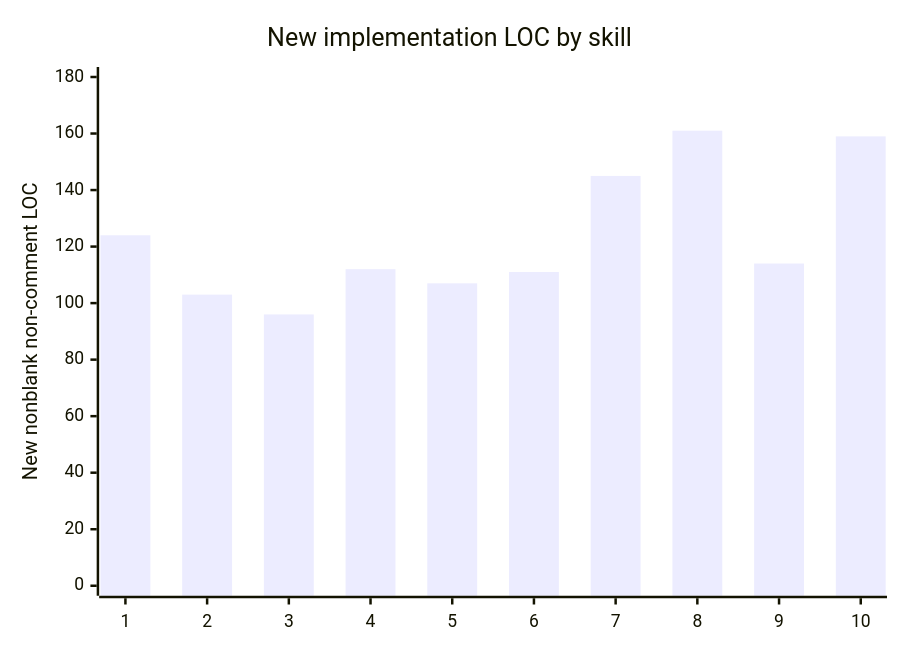
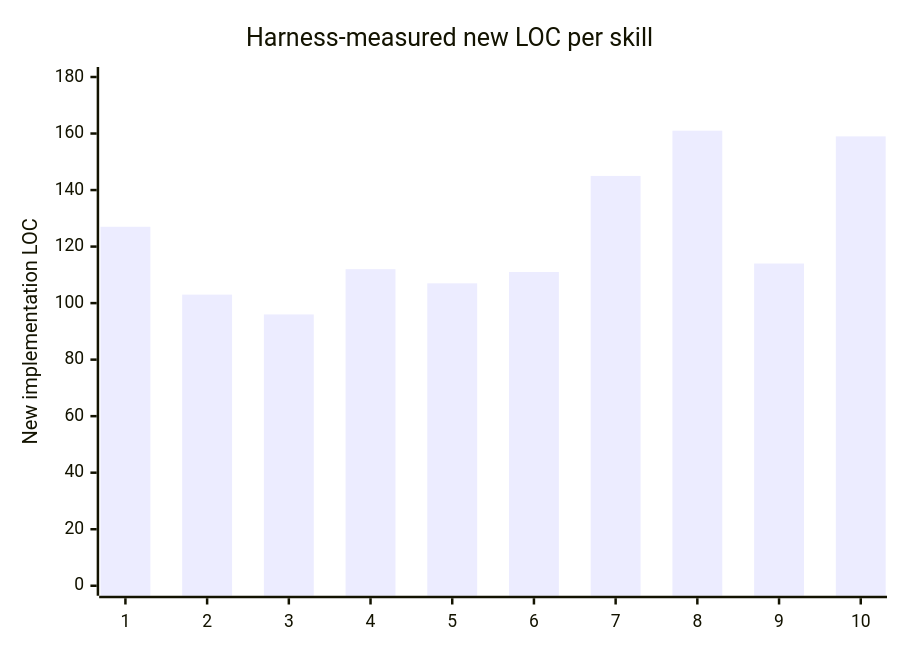
The sixth of 8 diagrams in human_t7/nasa/RESULTS.md (Devansh-Khandor/seai26f-shrinking-code), drawn with Mermaid before and after one commit. The commit also changed other lines of this file and 2 other files, not shown here.

Commit message:
docs(t7-nasa): align LOC reporting with treatment harness

````diff
--- a/human_t7/nasa/RESULTS.md
+++ b/human_t7/nasa/RESULTS.md
@@ -629,13 +378,7 @@
 ```mermaid
-
 xychart-beta
-
-    title "New implementation LOC by skill"
-
+    title "Harness-measured new LOC per skill"
     x-axis [1, 2, 3, 4, 5, 6, 7, 8, 9, 10]
-
-    y-axis "New nonblank non-comment LOC" 0 --> 180
-
-    bar [124, 103, 96, 112, 107, 111, 145, 161, 114, 159]
-
+    y-axis "New implementation LOC" 0 --> 180
+    bar [127, 103, 96, 112, 107, 111, 145, 161, 114, 159]
 ```
````
